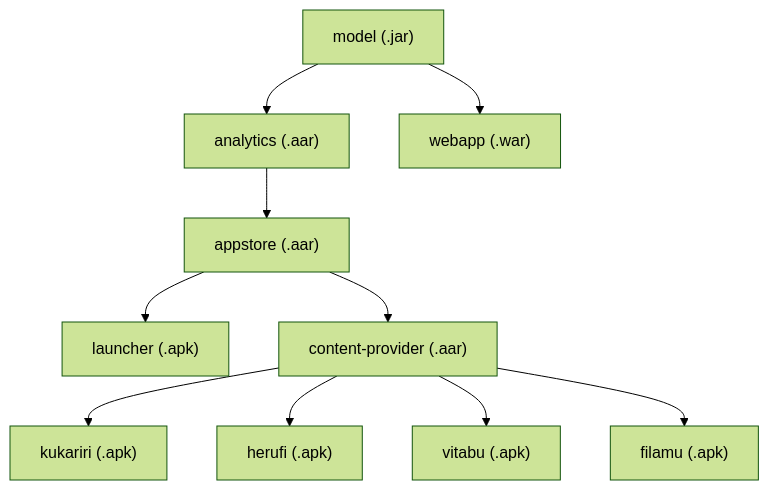
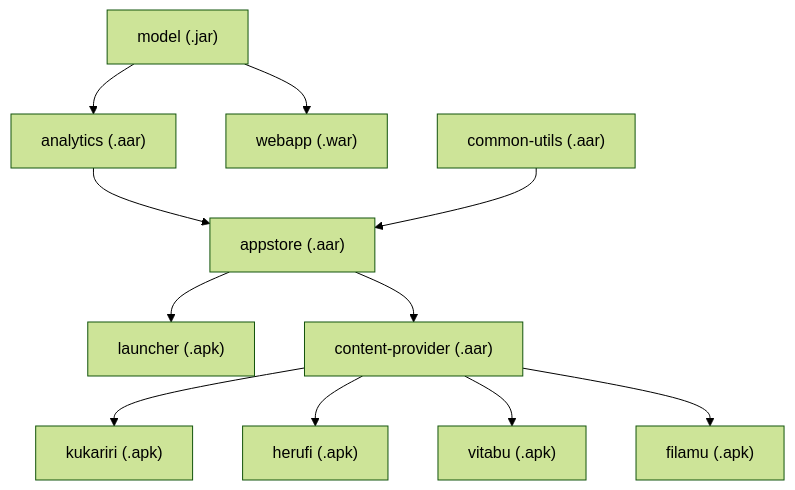
One commit to elimu-ai/wiki changed the diagram in SOFTWARE_ARCHITECTURE.md. Above: the diagram before and after it, drawn with Mermaid (forest theme).

Commit message:
docs: add common-utils to flowchart

````diff
--- a/SOFTWARE_ARCHITECTURE.md
+++ b/SOFTWARE_ARCHITECTURE.md
@@ -39,12 +39,13 @@
 ```mermaid
 flowchart TD
     model["model (.jar)"] --> analytics
     model --> webapp["webapp (.war)"]
     analytics["analytics (.aar)"] --> appstore
+    common-utils["common-utils (.aar)"] --> appstore
     appstore["appstore (.aar)"] --> launcher["launcher (.apk)"]
     appstore --> content-provider
     content-provider["content-provider (.aar)"] --> kukariri["kukariri (.apk)"]
     content-provider --> herufi["herufi (.apk)"]
     content-provider --> vitabu["vitabu (.apk)"]
     content-provider --> filamu["filamu (.apk)"]
 ```
````
